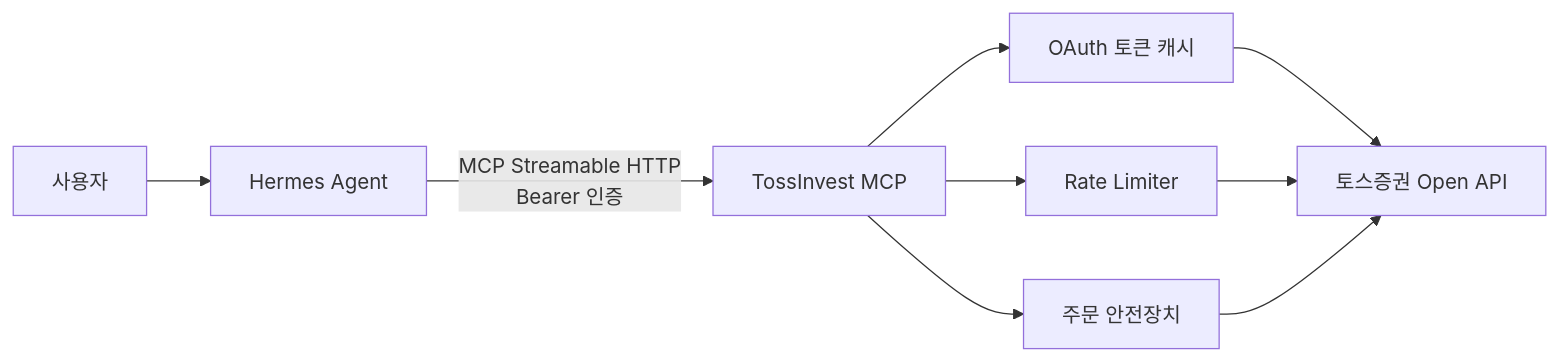
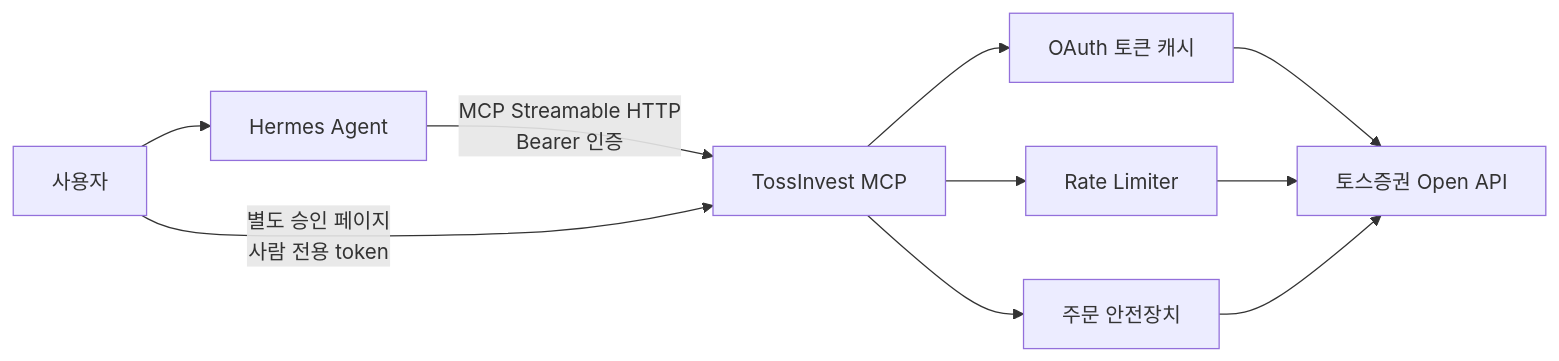
One commit to cha2hyun/tossinvest-mcp changed the diagram in README.md. Above: the diagram before and after it, drawn with Mermaid. The commit also changed other lines of this file and 28 other files, not shown here.

````diff
--- a/README.md
+++ b/README.md
@@ -55,11 +57,12 @@
 ```mermaid
 flowchart LR
     U["사용자"] --> H["Hermes Agent"]
     H -->|"MCP Streamable HTTP<br/>Bearer 인증"| M["TossInvest MCP"]
+    U -->|"별도 승인 페이지<br/>사람 전용 token"| M
     M --> A["OAuth 토큰 캐시"]
     M --> R["Rate Limiter"]
     M --> S["주문 안전장치"]
     A --> T["토스증권 Open API"]
     R --> T
     S --> T
 ```
````
